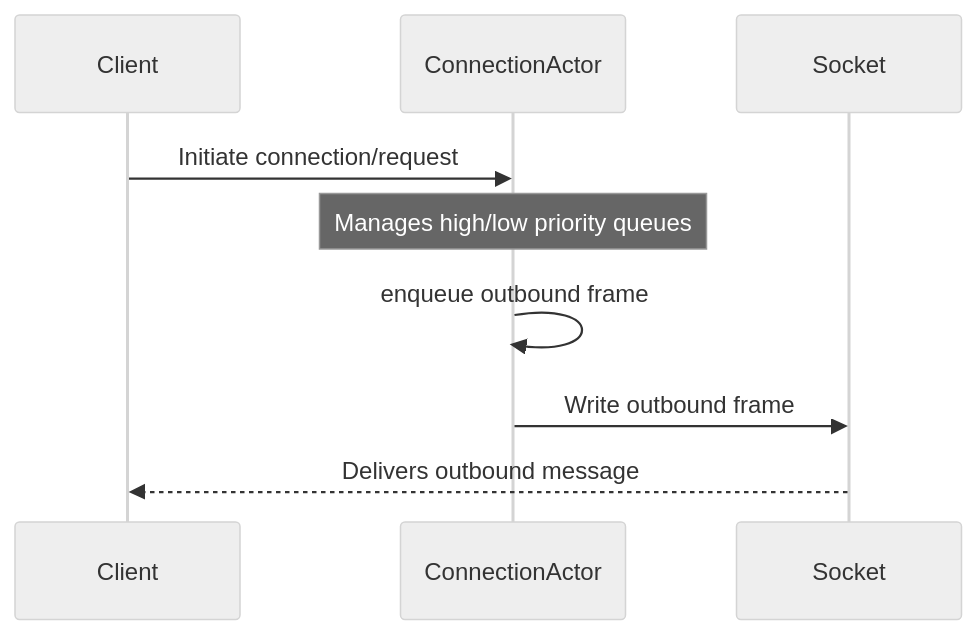
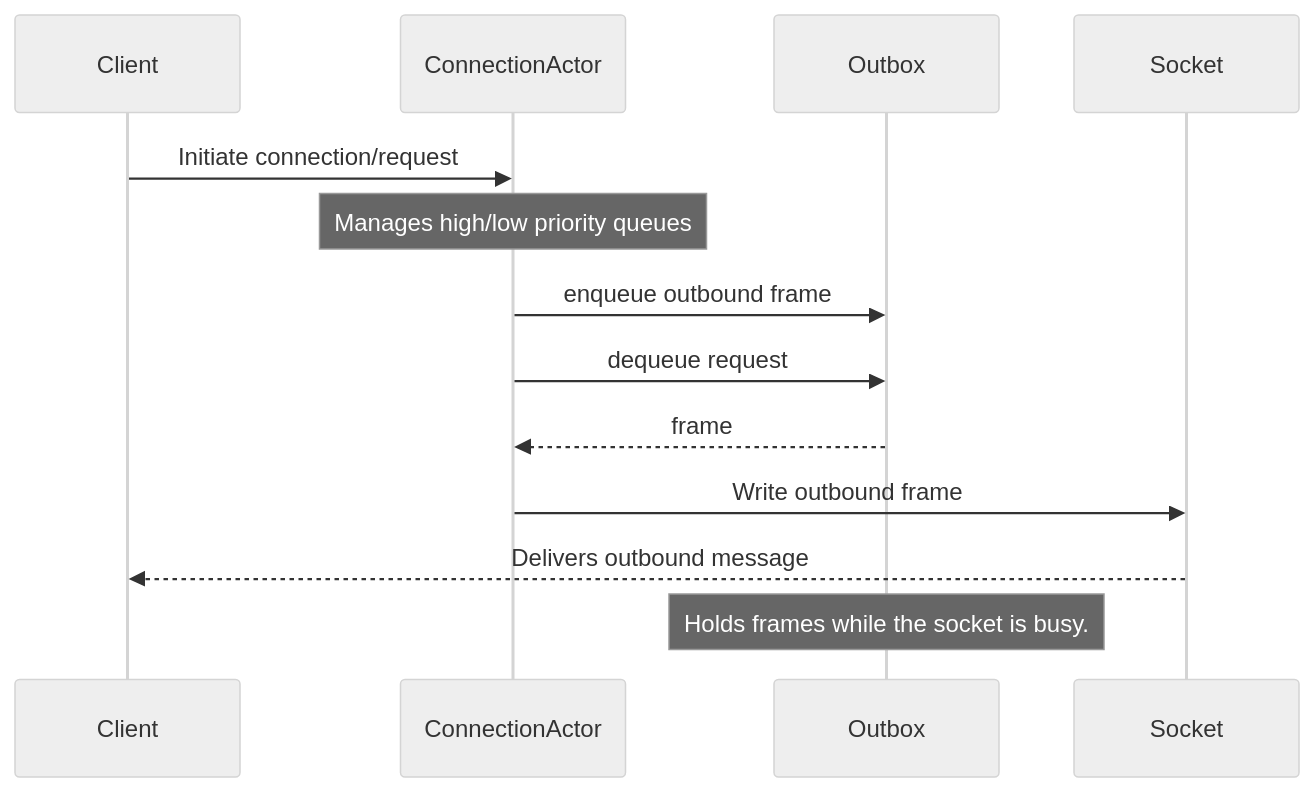
One commit to leynos/wireframe changed the second of 7 diagrams in docs/asynchronous-outbound-messaging-design.md. Above: the diagram before and after it, drawn with Mermaid (neutral theme). The commit also changed other lines of this file, not shown here.

First line of the commit message:
Fix mermaid queue arrows (#126)

````diff
--- a/docs/asynchronous-outbound-messaging-design.md
+++ b/docs/asynchronous-outbound-messaging-design.md
@@ -163,12 +164,16 @@
 ```mermaid
 sequenceDiagram
     participant Client
     participant ConnectionActor
+    participant Outbox
     participant Socket
 
     Client->>ConnectionActor: Initiate connection/request
     Note over ConnectionActor: Manages high/low priority queues
-    ConnectionActor->>ConnectionActor: enqueue outbound frame
+    ConnectionActor->>Outbox: enqueue outbound frame
+    ConnectionActor->>Outbox: dequeue request
+    Outbox-->>ConnectionActor: frame
     ConnectionActor->>Socket: Write outbound frame
     Socket-->>Client: Delivers outbound message
+    Note over Outbox: Holds frames while the socket is busy.
 ```
````
